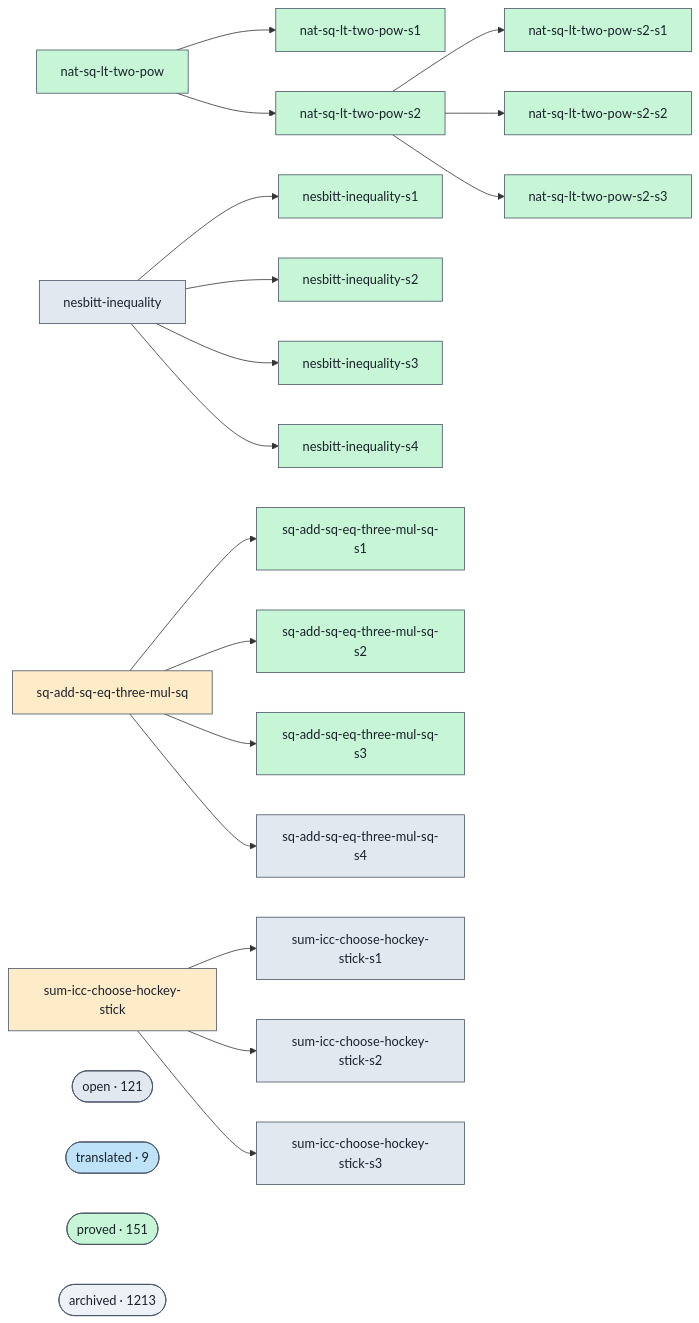
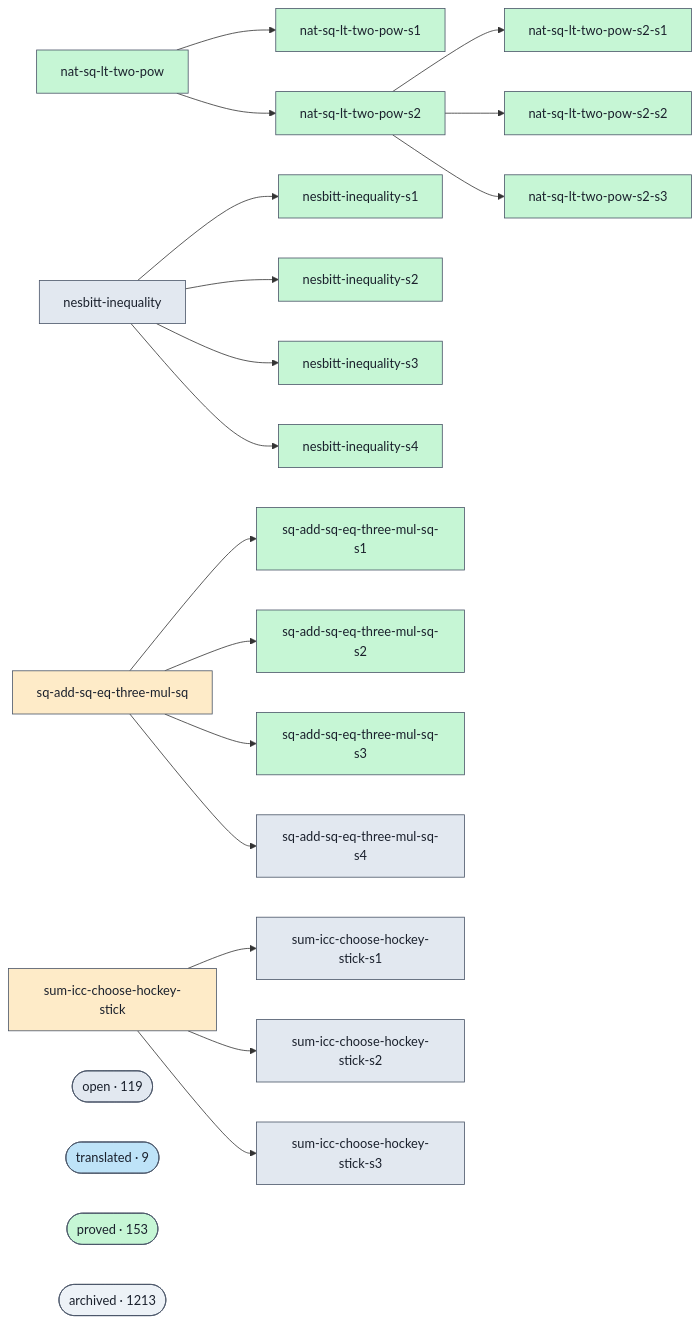
Before and after one commit to Rauxon/unsorry: the diagram in docs/proofs-contributors-visualisation.md, drawn with Mermaid. The commit also changed other lines of this file and 2 other files, not shown here.

```diff
--- a/docs/proofs-contributors-visualisation.md
+++ b/docs/proofs-contributors-visualisation.md
@@ -98,11 +98,11 @@
   g_sum_icc_choose_hockey_stick --> g_sum_icc_choose_hockey_stick_s1
   g_sum_icc_choose_hockey_stick --> g_sum_icc_choose_hockey_stick_s2
   g_sum_icc_choose_hockey_stick --> g_sum_icc_choose_hockey_stick_s3
-  cluster_open(["open · 121"])
+  cluster_open(["open · 119"])
   class cluster_open open;
   cluster_translated(["translated · 9"])
   class cluster_translated translated;
-  cluster_proved(["proved · 151"])
+  cluster_proved(["proved · 153"])
   class cluster_proved proved;
   cluster_archived(["archived · 1213"])
   class cluster_archived unknown;
```
